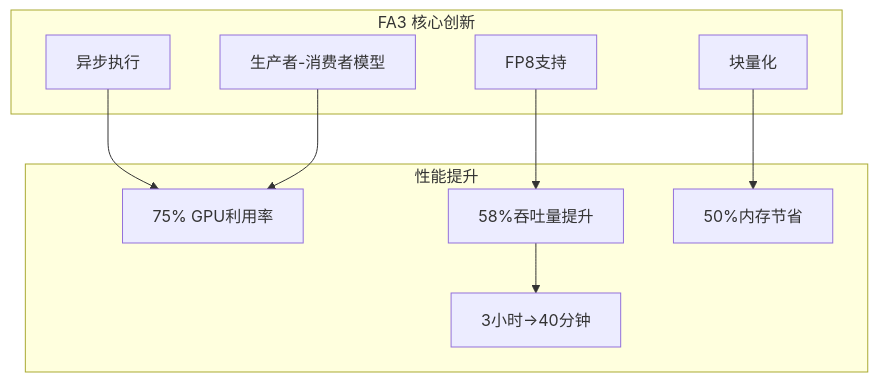
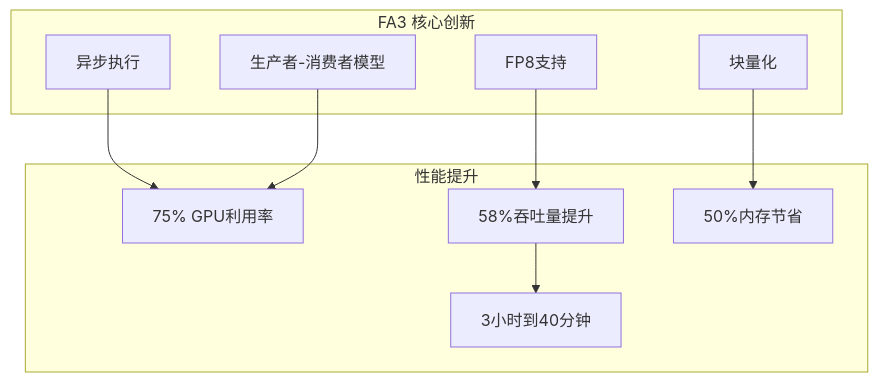
The fifth of 9 diagrams in learning/website/docs/basics/06-attention-mechanism.md (Xunzhuo/mini-sglang), drawn with Mermaid before and after one commit. The commit also changed 6 other files, not shown here.

````diff
--- a/learning/website/docs/basics/06-attention-mechanism.md
+++ b/learning/website/docs/basics/06-attention-mechanism.md
@@ -227,22 +227,22 @@
 ```mermaid
 graph TB
     subgraph FA3 核心创新
         A1[异步执行]
         A2[生产者-消费者模型]
         A3[FP8支持]
         A4[块量化]
     end
     
     subgraph 性能提升
         P1[75% GPU利用率]
         P2[58%吞吐量提升]
         P3[50%内存节省]
-        P4[3小时→40分钟]
+        P4[3小时到40分钟]
     end
     
     A1 --> P1
     A2 --> P1
     A3 --> P2
     A4 --> P3
     P2 --> P4
 ```
````
